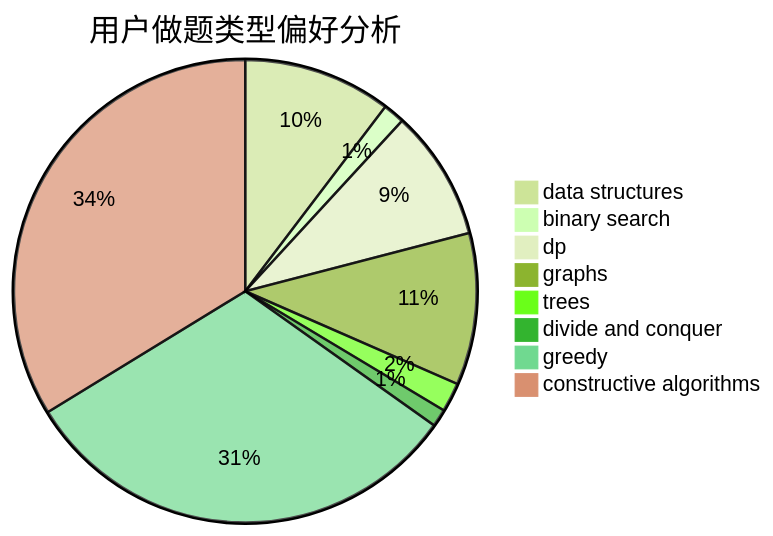
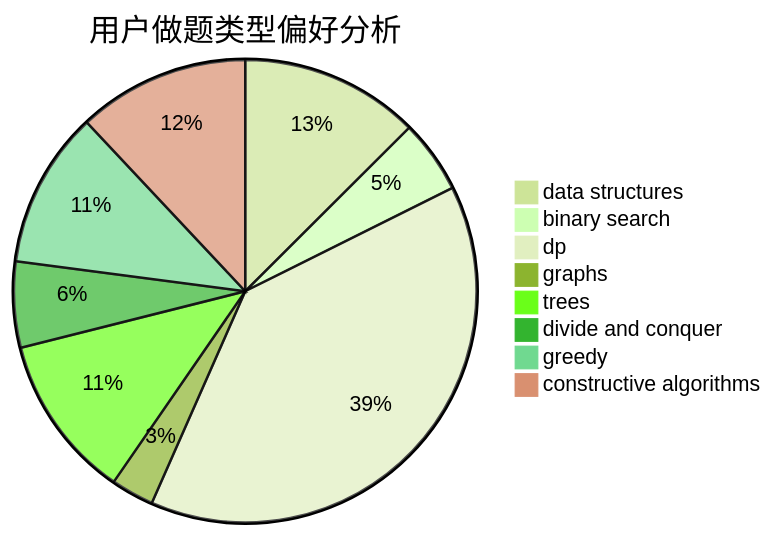
The second of 3 diagrams in docs/user/u1302.md (sherpahu/cfrs.github.io), drawn with Mermaid (forest theme) before and after one commit. The commit also changed other lines of this file and 2770 other files, not shown here.

````diff
--- a/docs/user/u1302.md
+++ b/docs/user/u1302.md
@@ -23,11 +23,11 @@
 ```mermaid
 pie title 用户做题类型偏好分析
-    "data structures" :  76
-    "binary search" :  11
-    "dp" :  67
-    "graphs" :  78
-    "trees" :  15
-    "divide and conquer" :  9
-    "greedy" :  231
-    "constructive algorithms" :  248
+    "data structures" :  71
+    "binary search" :  29
+    "dp" :  221
+    "graphs" :  17
+    "trees" :  65
+    "divide and conquer" :  34
+    "greedy" :  62
+    "constructive algorithms" :  68
 ```
````
